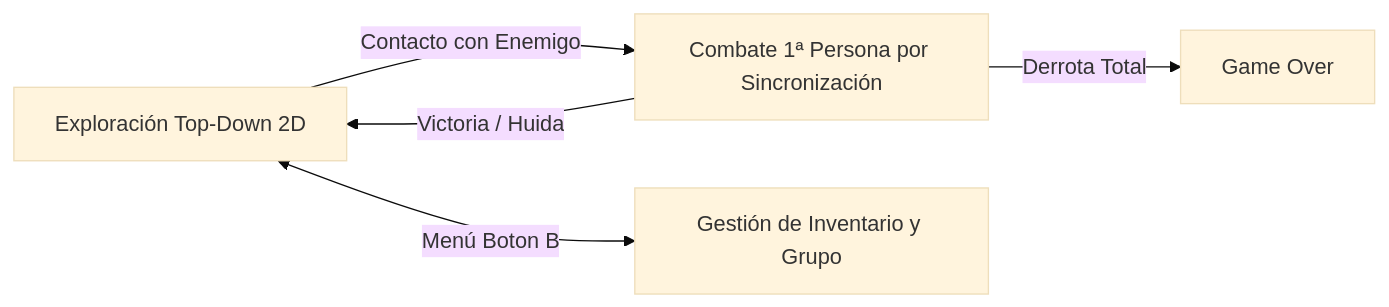
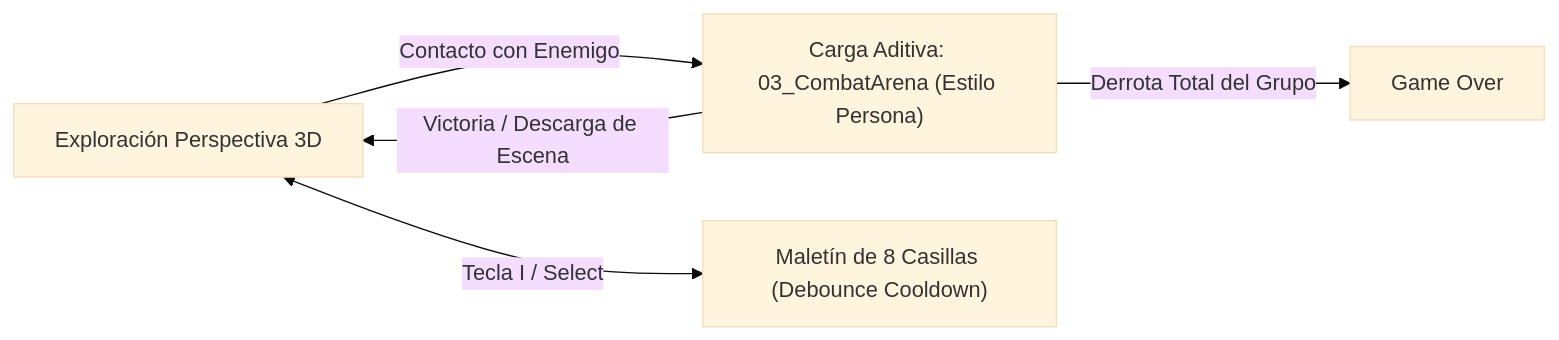
Before and after one commit to matichanx3x3/proyectoGaiden: the diagram in Documentación/01 - Arquitectura General/01.1 - Vision General y Filosofia de Diseno.md, drawn with Mermaid (base theme). The commit also changed other lines of this file and 506 other files, not shown here.

````diff
--- a/Documentación/01 - Arquitectura General/01.1 - Vision General y Filosofia de Diseno.md
+++ b/Documentación/01 - Arquitectura General/01.1 - Vision General y Filosofia de Diseno.md
@@ -19,7 +20,7 @@
 ```mermaid
 flowchart LR
-    A[Exploración Top-Down 2D] -->|Contacto con Enemigo| B[Combate 1ª Persona por Sincronización]
-    B -->|Victoria / Huida| A
-    A <-->|Menú Boton B| C[Gestión de Inventario y Grupo]
-    B -->|Derrota Total| D[Game Over]
+    A["Exploración Perspectiva 3D"] -->|Contacto con Enemigo| B["Carga Aditiva: 03_CombatArena (Estilo Persona)"]
+    B -->|Victoria / Descarga de Escena| A
+    A <-->|Tecla I / Select| C["Maletín de 8 Casillas (Debounce Cooldown)"]
+    B -->|Derrota Total del Grupo| D["Game Over"]
 ```
````
